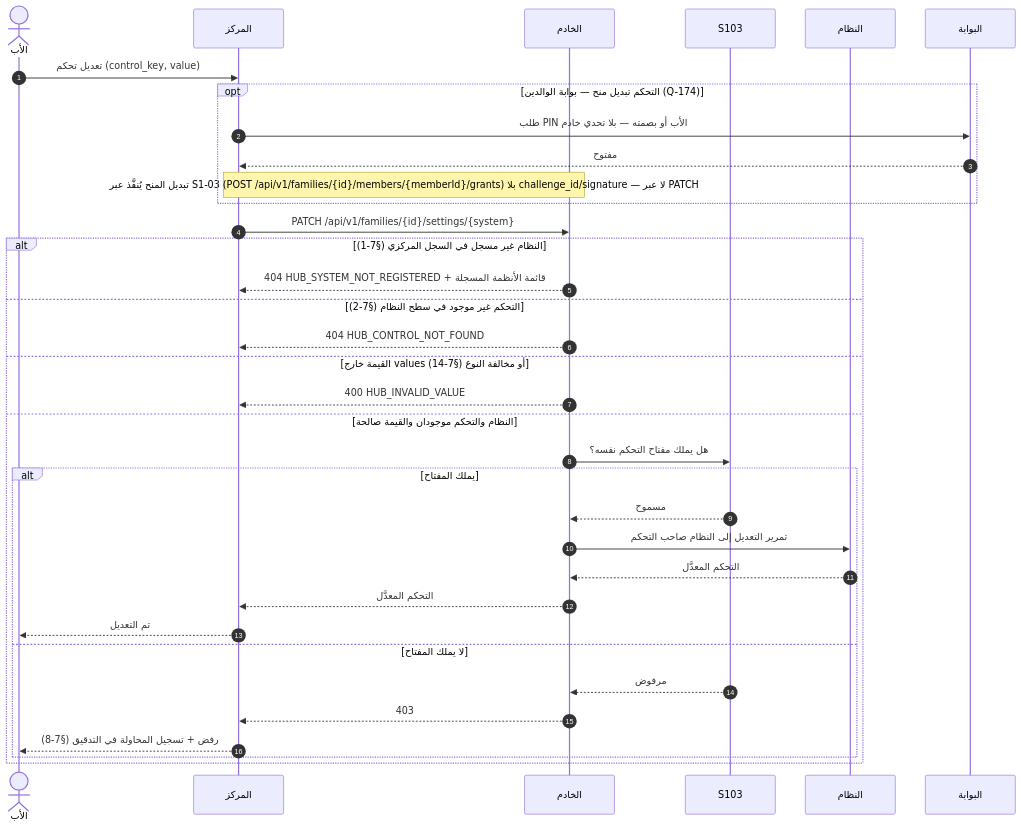
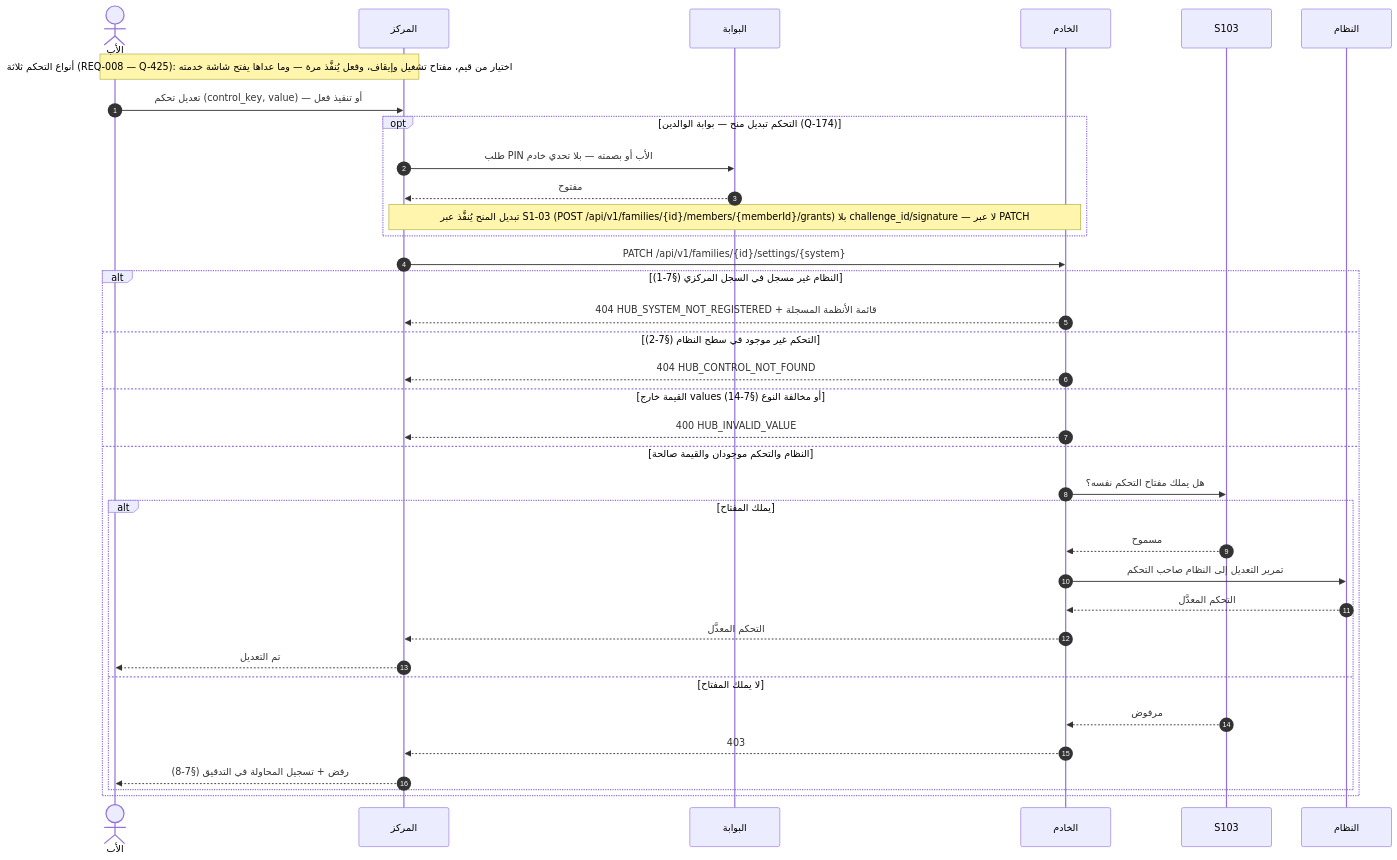
The fourth of 19 diagrams in docs/family-os/governance/phases/phase-1/S1-09-command-center-and-settings/DIAGRAMS.md (Bassam-mohammed-alqaeadi/family-os-v2), drawn with Mermaid before and after one commit. The commit also changed other lines of this file, not shown here.

````diff
--- a/docs/family-os/governance/phases/phase-1/S1-09-command-center-and-settings/DIAGRAMS.md
+++ b/docs/family-os/governance/phases/phase-1/S1-09-command-center-and-settings/DIAGRAMS.md
@@ -209,37 +230,38 @@
 ```mermaid
 sequenceDiagram
     autonumber
     actor Father as الأب
     participant Hub as المركز
+    participant ParentGate as البوابة
     participant Ktor as الخادم
     participant S103 as S103
     participant Owner as النظام
-    participant ParentGate as البوابة
-    Father->>Hub: تعديل تحكم (control_key, value)
+    Note over Father,Hub: أنواع التحكم ثلاثة (REQ-008 — Q-425): اختيار من قيم، مفتاح تشغيل وإيقاف، وفعل يُنفَّذ مرة — وما عداها يفتح شاشة خدمته
+    Father->>Hub: تعديل تحكم (control_key, value) — أو تنفيذ فعل
     opt التحكم تبديل منح — بوابة الوالدين (Q-174)
         Hub->>ParentGate: طلب PIN الأب أو بصمته — بلا تحدي خادم
         ParentGate-->>Hub: مفتوح
         Note over Hub,Ktor: تبديل المنح يُنفَّذ عبر S1-03 (POST /api/v1/families/{id}/members/{memberId}/grants) بلا challenge_id/signature — لا عبر PATCH
     end
     Hub->>Ktor: PATCH /api/v1/families/{id}/settings/{system}
     alt النظام غير مسجل في السجل المركزي (§7-1)
         Ktor-->>Hub: 404 HUB_SYSTEM_NOT_REGISTERED + قائمة الأنظمة المسجلة
     else التحكم غير موجود في سطح النظام (§7-2)
         Ktor-->>Hub: 404 HUB_CONTROL_NOT_FOUND
     else القيمة خارج values أو مخالفة النوع (§7-14)
         Ktor-->>Hub: 400 HUB_INVALID_VALUE
     else النظام والتحكم موجودان والقيمة صالحة
         Ktor->>S103: هل يملك مفتاح التحكم نفسه؟
         alt يملك المفتاح
             S103-->>Ktor: مسموح
             Ktor->>Owner: تمرير التعديل إلى النظام صاحب التحكم
             Owner-->>Ktor: التحكم المعدَّل
             Ktor-->>Hub: التحكم المعدَّل
             Hub-->>Father: تم التعديل
         else لا يملك المفتاح
             S103-->>Ktor: مرفوض
             Ktor-->>Hub: 403
             Hub-->>Father: رفض + تسجيل المحاولة في التدقيق (§7-8)
         end
     end
 ```
````
